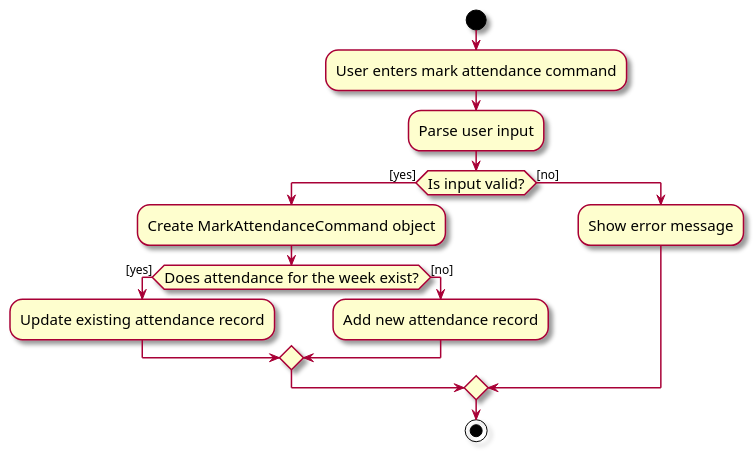
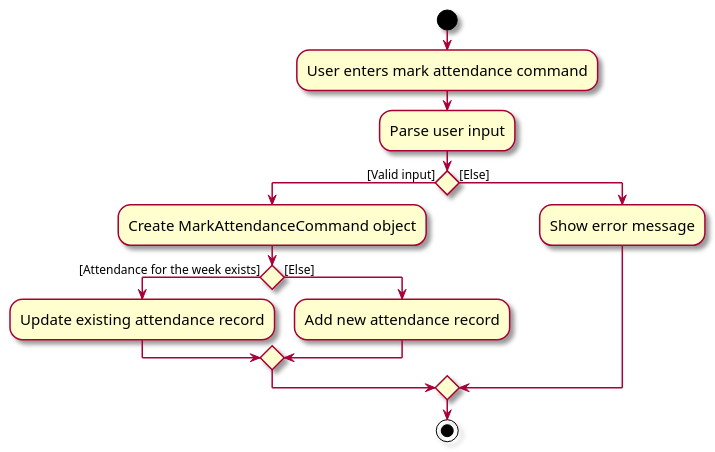
The diagram in docs/diagrams/MarkAttendanceCommandActivityDiagram.puml (nus-cs2103-AY2324S1/tp), drawn with PlantUML before and after one commit. The commit also changed 1 other file, not shown here.

Commit message:
Correct mark attendance diagram

```diff
--- a/docs/diagrams/MarkAttendanceCommandActivityDiagram.puml
+++ b/docs/diagrams/MarkAttendanceCommandActivityDiagram.puml
@@ -1,19 +1,19 @@
 @startuml
 skin rose
 skinparam ActivityFontSize 15
 skinparam ArrowFontSize 12
 start
 :User enters mark attendance command;
 :Parse user input;
-if (Is input valid?) then ([yes])
+if () then ([Valid input])
   :Create MarkAttendanceCommand object;
-  if (Does attendance for the week exist?) then ([yes])
+  if () then ([Attendance for the week exists])
     :Update existing attendance record;
-  else ([no])
+  else ([Else])
     :Add new attendance record;
   endif
-else ([no])
+else ([Else])
   :Show error message;
 endif
 stop
 @enduml
```
